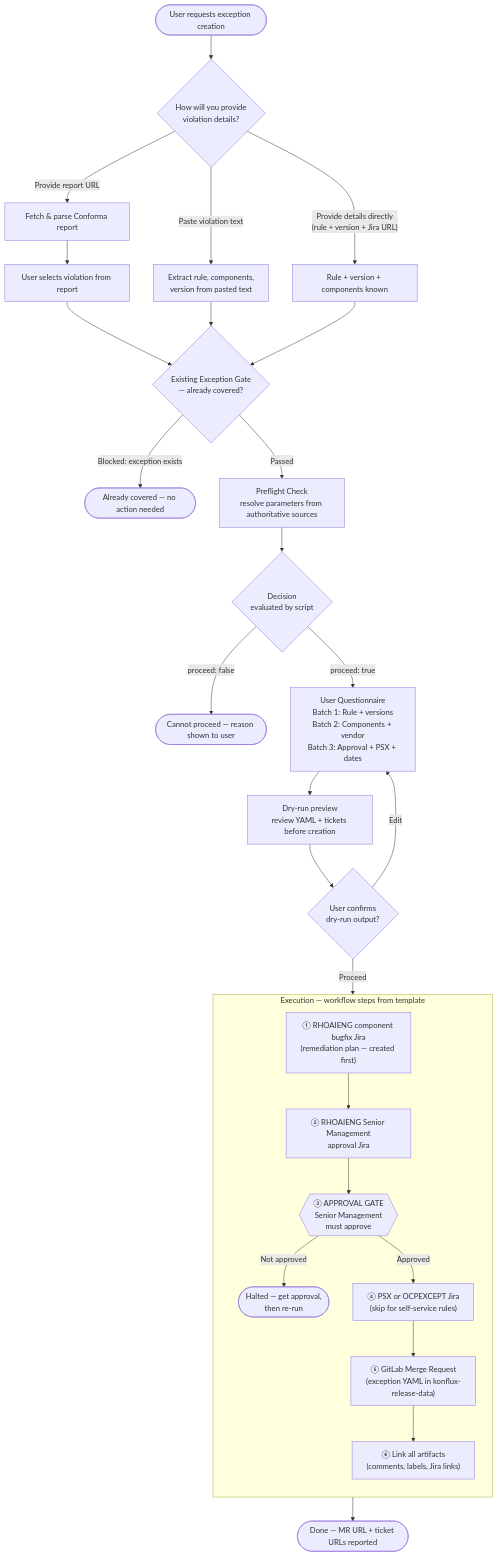
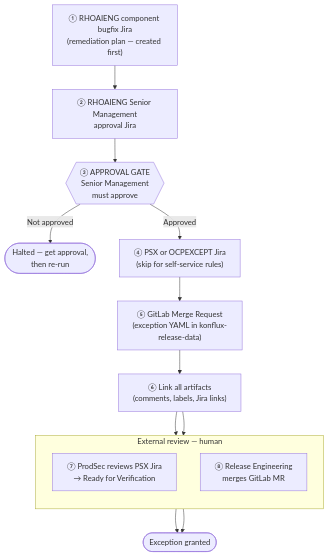
Before and after one commit to opendatahub-io/aiops-infra: the first of 2 diagrams in skills/conforma-exception/SKILL.md, drawn with Mermaid. The commit also changed other lines of this file and 2 other files, not shown here.

Commit message:
Enhance documentation and workflow for conforma skills
- Updated SKILL.md in both conforma-analyze and conforma-exception to introduce a "Violations-First Philosophy," emphasizing the importance of resolving violations in code before considering exceptions.
- Added a "Remote Data Access Policy" section to both skills, outlining best practices for fetching data from remote repositories and discouraging reliance on local clones.
- Improved the `preflight_check.py` script to provide clearer next steps for handling violations and included a new function to render a markdown table summarizing violations coverage.

These changes aim to improve user understanding and streamline the workflow for managing violations and exceptions in the conforma skills.

````diff
--- a/skills/conforma-exception/SKILL.md
+++ b/skills/conforma-exception/SKILL.md
@@ -279,41 +307,30 @@
 ```mermaid
 flowchart TD
-    Start([User requests exception creation]) --> EntryPoint{How will you provide\nviolation details?}
+    Step1["① RHOAIENG component bugfix Jira\n(remediation plan — created first)"]
+    Step2["② RHOAIENG Senior Management\napproval Jira"]
+    Step3{{"③ APPROVAL GATE\nSenior Management\nmust approve"}}
+    Halt([Halted — get approval,\nthen re-run])
+    Step4["④ PSX or OCPEXCEPT Jira\n(skip for self-service rules)"]
+    Step5["⑤ GitLab Merge Request\n(exception YAML in konflux-release-data)"]
+    Step6["⑥ Link all artifacts\n(comments, labels, Jira links)"]
 
-    EntryPoint -->|"Paste violation text"| Extract[Extract rule, components,\nversion from pasted text]
-    EntryPoint -->|"Provide report URL"| Fetch[Fetch & parse Conforma report]
-    EntryPoint -->|"Provide details directly\n(rule + version + Jira URL)"| Details[Rule + version + components known]
+    Step1 --> Step2
+    Step2 --> Step3
+    Step3 -->|Not approved| Halt
+    Step3 -->|Approved| Step4
+    Step4 --> Step5
+    Step5 --> Step6
 
-    Fetch --> Select[User selects violation from report]
-    Select --> Gate
-    Extract --> Gate
-    Details --> Gate
-
-    Gate{Existing Exception Gate\n— already covered?}
-    Gate -->|"Blocked: exception exists"| Stop1([Already covered — no action needed])
-    Gate -->|Passed| Preflight[Preflight Check\nresolve parameters from authoritative sources]
-
-    Preflight --> Decision{Decision\nevaluated by script}
-    Decision -->|"proceed: false"| Stop2([Cannot proceed — reason shown to user])
-    Decision -->|"proceed: true"| Questionnaire
-
-    Questionnaire[User Questionnaire\nBatch 1: Rule + versions\nBatch 2: Components + vendor\nBatch 3: Approval + PSX + dates]
-    Questionnaire --> DryRun[Dry-run preview\nreview YAML + tickets before creation]
-    DryRun --> Confirm{User confirms\ndry-run output?}
-    Confirm -->|Edit| Questionnaire
-    Confirm -->|Proceed| Exec
-
-    subgraph Exec [Execution — workflow steps from template]
+    subgraph Review [External review — human]
         direction TB
-        Step1["① RHOAIENG component bugfix Jira\n(remediation plan — created first)"]
-        Step1 --> Step2["② RHOAIENG Senior Management\napproval Jira"]
-        Step2 --> ApprovalGate{{"③ APPROVAL GATE\nSenior Management\nmust approve"}}
-        ApprovalGate -->|Not approved| Halt([Halted — get approval,\nthen re-run])
-        ApprovalGate -->|Approved| Step3
-        Step3["④ PSX or OCPEXCEPT Jira\n(skip for self-service rules)"]
-        Step3 --> Step4["⑤ GitLab Merge Request\n(exception YAML in konflux-release-data)"]
-        Step4 --> Link["⑥ Link all artifacts\n(comments, labels, Jira links)"]
+        Step7["⑦ ProdSec reviews PSX Jira\n→ Ready for Verification"]
+        Step8["⑧ Release Engineering\nmerges GitLab MR"]
     end
 
-    Link --> Done([Done — MR URL + ticket URLs reported])
+    Step6 --> Step7
+    Step6 --> Step8
+    Step7 --> Granted
+    Step8 --> Granted
+
+    Granted([Exception granted])
 ```
````
